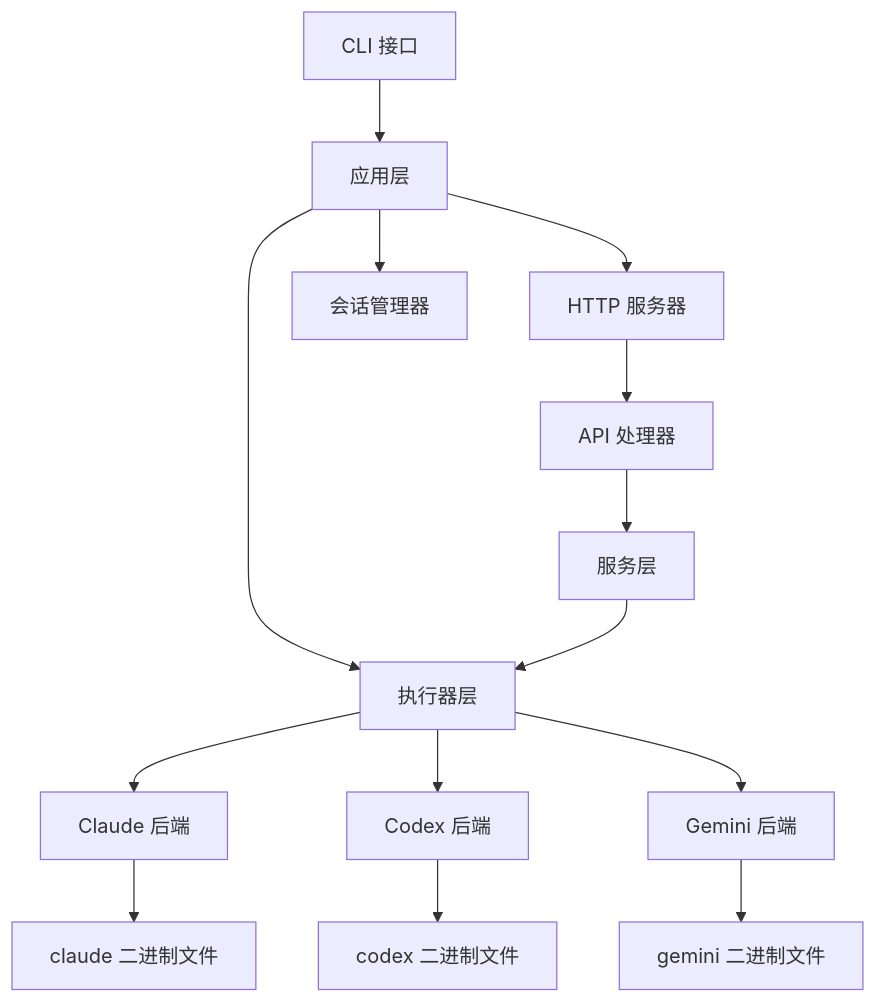
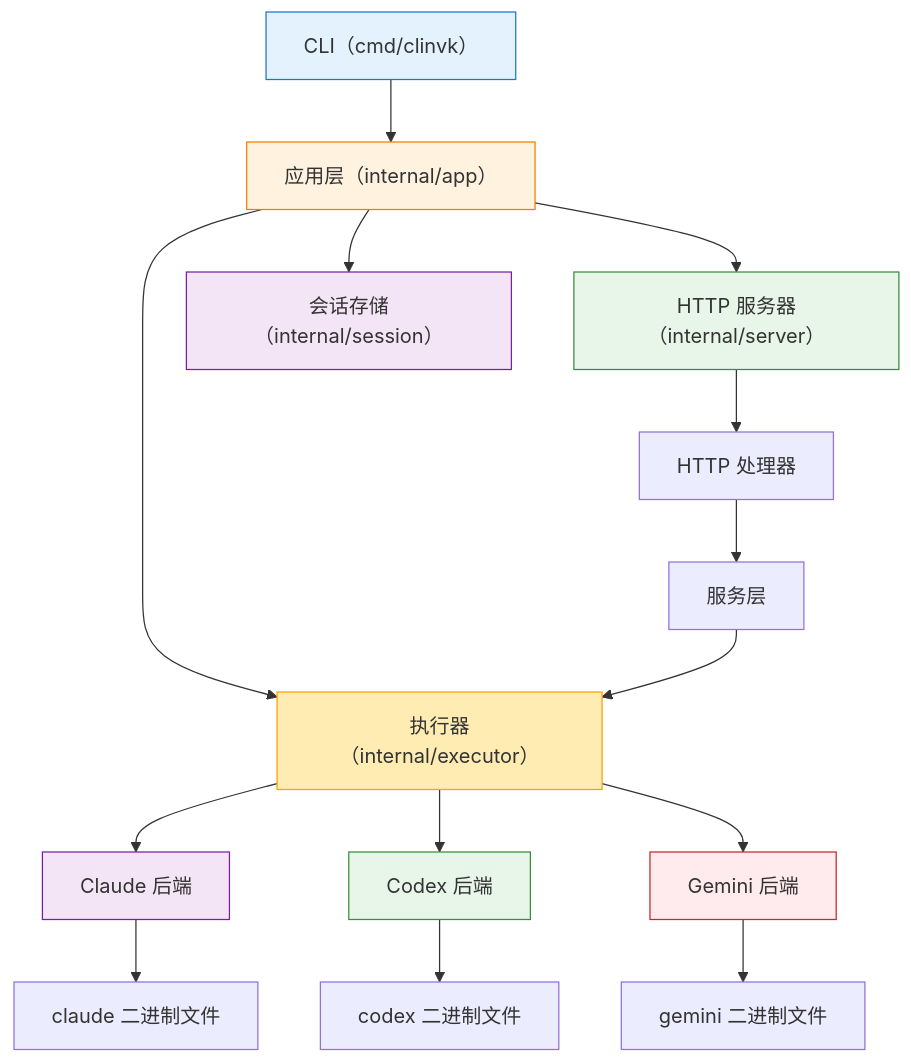
Before and after one commit to signalridge/clinvoker: the diagram in docs/development/architecture.zh.md, drawn with Mermaid. The commit also changed 14 other files, not shown here.

First line of the commit message:
docs: add Integration section and refine Mermaid diagrams

````diff
--- a/docs/development/architecture.zh.md
+++ b/docs/development/architecture.zh.md
@@ -7,19 +7,28 @@
 ```mermaid
-graph TD
-    CLI[CLI 接口] --> App[应用层]
-    App --> Executor[执行器层]
-    App --> Server[HTTP 服务器]
-    App --> Session[会话管理器]
+flowchart TD
+    CLI["CLI（cmd/clinvk）"] --> App["应用层（internal/app）"]
+    App --> Executor["执行器（internal/executor）"]
+    App --> Server["HTTP 服务器（internal/server）"]
+    App --> Session["会话存储（internal/session）"]
 
-    Executor --> Claude[Claude 后端]
-    Executor --> Codex[Codex 后端]
-    Executor --> Gemini[Gemini 后端]
+    Executor --> Claude["Claude 后端"]
+    Executor --> Codex["Codex 后端"]
+    Executor --> Gemini["Gemini 后端"]
 
-    Server --> Handlers[API 处理器]
-    Handlers --> Service[服务层]
+    Server --> Handlers["HTTP 处理器"]
+    Handlers --> Service["服务层"]
     Service --> Executor
 
-    Claude --> ExtClaude[claude 二进制文件]
-    Codex --> ExtCodex[codex 二进制文件]
-    Gemini --> ExtGemini[gemini 二进制文件]
+    Claude --> ExtClaude["claude 二进制文件"]
+    Codex --> ExtCodex["codex 二进制文件"]
+    Gemini --> ExtGemini["gemini 二进制文件"]
+
+    style CLI fill:#e3f2fd,stroke:#1976d2
+    style App fill:#fff3e0,stroke:#f57c00
+    style Executor fill:#ffecb3,stroke:#ffa000
+    style Server fill:#e8f5e9,stroke:#388e3c
+    style Session fill:#f3e5f5,stroke:#7b1fa2
+    style Claude fill:#f3e5f5,stroke:#7b1fa2
+    style Codex fill:#e8f5e9,stroke:#388e3c
+    style Gemini fill:#ffebee,stroke:#c62828
 ```
````
